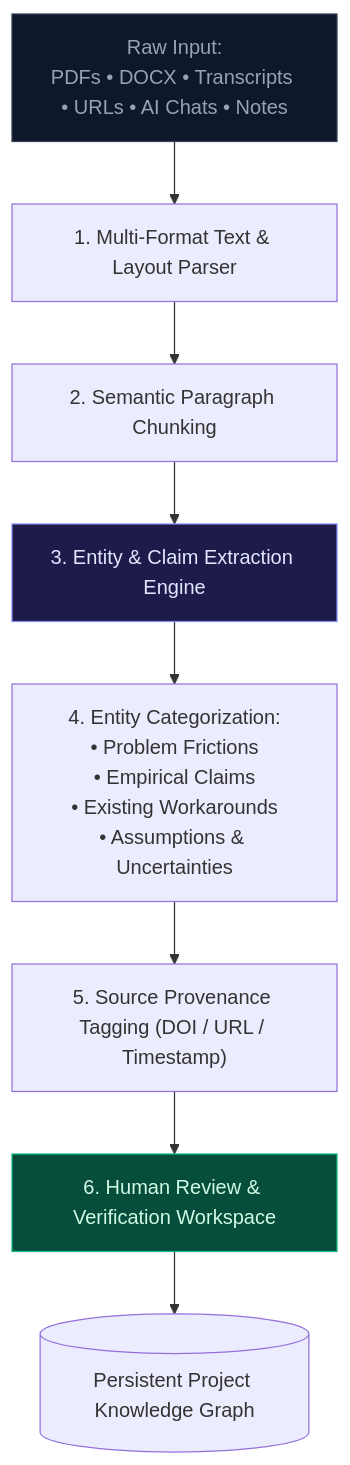
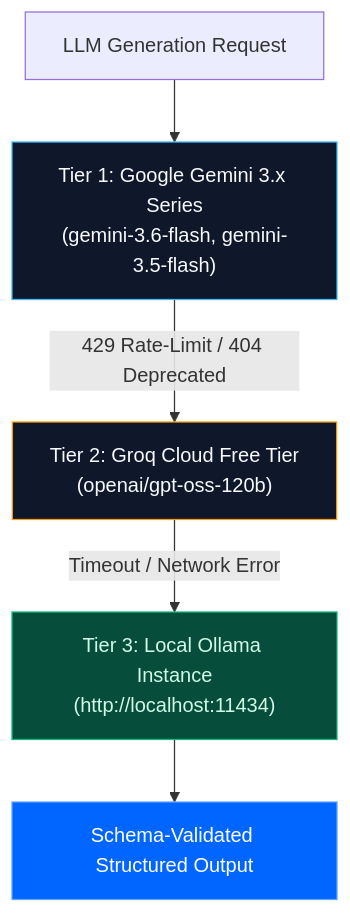
The second of 2 diagrams in docs/CONVERA_INTELLIGENCE_INTEGRATION_ARCHITECTURE.md (markalvincadangin/CONVERA), drawn with Mermaid before and after one commit. The commit also changed other lines of this file and 1 other file, not shown here.

First line of the commit message:
docs(architecture): synchronize Master Architecture and CIIA with implemented reality

````diff
--- a/docs/CONVERA_INTELLIGENCE_INTEGRATION_ARCHITECTURE.md
+++ b/docs/CONVERA_INTELLIGENCE_INTEGRATION_ARCHITECTURE.md
@@ -171,14 +91,12 @@
 ```mermaid
 graph TD
-    IN["Raw Input:<br/>PDFs • DOCX • Transcripts • URLs • AI Chats • Notes"] --> PARSE["1. Multi-Format Text & Layout Parser"]
-    PARSE --> CHUNK["2. Semantic Paragraph Chunking"]
-    CHUNK --> EXT["3. Entity & Claim Extraction Engine"]
-    EXT --> MAP["4. Entity Categorization:<br/>• Problem Frictions<br/>• Empirical Claims<br/>• Existing Workarounds<br/>• Assumptions & Uncertainties"]
-    MAP --> PROV2["5. Source Provenance Tagging (DOI / URL / Timestamp)"]
-    PROV2 --> REVIEW["6. Human Review & Verification Workspace"]
-    REVIEW --> GRAPH[("Persistent Project Knowledge Graph")]
+    REQ["LLM Generation Request"] --> TIER1["Tier 1: Google Gemini 3.x Series<br/>(gemini-3.6-flash, gemini-3.5-flash)"]
+    TIER1 -- "429 Rate-Limit / 404 Deprecated" --> TIER2["Tier 2: Groq Cloud Free Tier<br/>(openai/gpt-oss-120b)"]
+    TIER2 -- "Timeout / Network Error" --> TIER3["Tier 3: Local Ollama Instance<br/>(http://localhost:11434)"]
+    TIER3 --> OUT["Schema-Validated Structured Output"]
 
-    style IN fill:#0f172a,stroke:#334155,color:#94a3b8
-    style EXT fill:#1e1b4b,stroke:#818cf8,color:#e0e7ff
-    style REVIEW fill:#064e3b,stroke:#10b981,color:#d1fae5
+    style TIER1 fill:#0f172a,stroke:#38bdf8,color:#f8fafc
+    style TIER2 fill:#0f172a,stroke:#f59e0b,color:#f8fafc
+    style TIER3 fill:#064e3b,stroke:#10b981,color:#d1fae5
+    style OUT fill:#0066ff,stroke:#60a5fa,color:#ffffff
 ```
````
